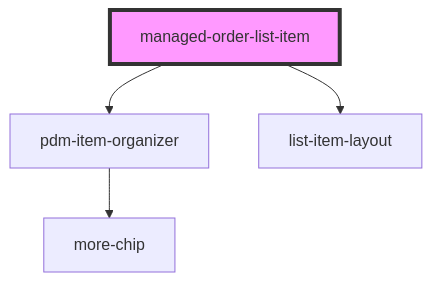
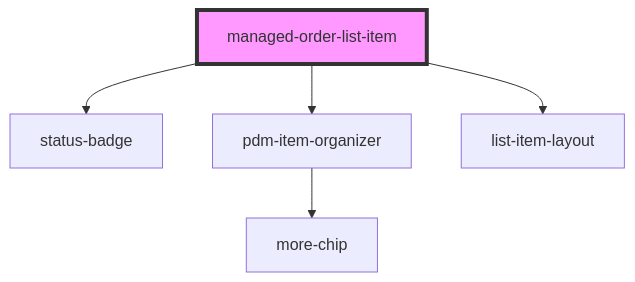
Before and after one commit to PharmaLedger-IMI/fgt-workspace: the diagram in pdm-web-components/src/components/managed-order-list-item/readme.md, drawn with Mermaid. The commit also changed other lines of this file and 15 other files, not shown here.

````diff
--- a/pdm-web-components/src/components/managed-order-list-item/readme.md
+++ b/pdm-web-components/src/components/managed-order-list-item/readme.md
@@ -45,7 +46,8 @@
 ```mermaid
 graph TD;
+  managed-order-list-item --> status-badge
   managed-order-list-item --> pdm-item-organizer
   managed-order-list-item --> list-item-layout
   pdm-item-organizer --> more-chip
   style managed-order-list-item fill:#f9f,stroke:#333,stroke-width:4px
 ```
````
